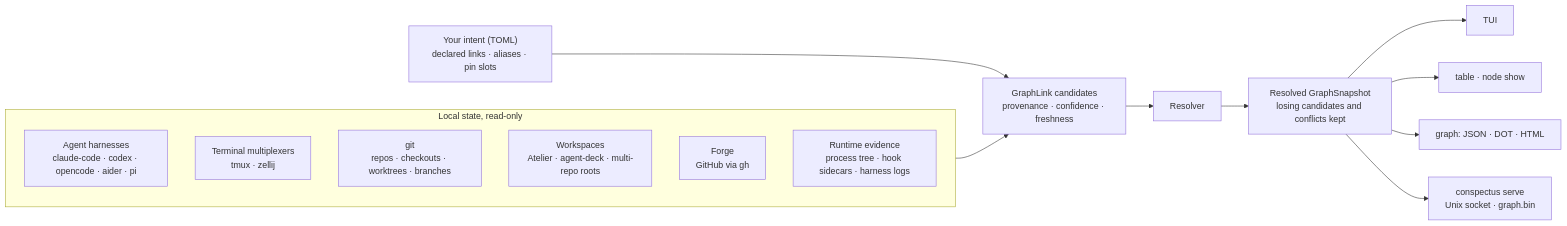
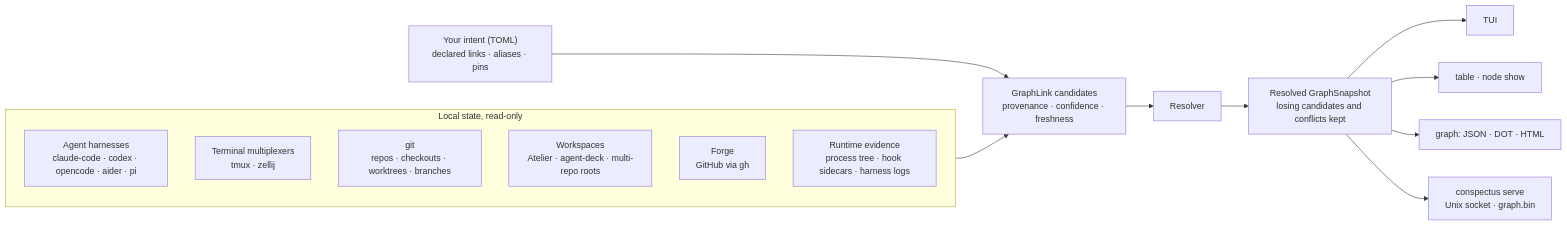
The diagram in README.md (malloc47/conspectus), drawn with Mermaid before and after one commit. The commit also changed other lines of this file and 99 other files, not shown here.

````diff
--- a/README.md
+++ b/README.md
@@ -225,20 +225,20 @@
 ```mermaid
 flowchart LR
   subgraph S["Local state, read-only"]
     H["Agent harnesses<br/>claude-code · codex · opencode · aider · pi"]
     M["Terminal multiplexers<br/>tmux · zellij"]
     G["git<br/>repos · checkouts · worktrees · branches"]
     W["Workspaces<br/>Atelier · agent-deck · multi-repo roots"]
     F["Forge<br/>GitHub via gh"]
     P["Runtime evidence<br/>process tree · hook sidecars · harness logs"]
   end
-  U["Your intent (TOML)<br/>declared links · aliases · pin slots"]
+  U["Your intent (TOML)<br/>declared links · aliases · pins"]
   S --> C["GraphLink candidates<br/>provenance · confidence · freshness"]
   U --> C
   C --> R["Resolver"]
   R --> N["Resolved GraphSnapshot<br/>losing candidates and conflicts kept"]
   N --> TUI["TUI"]
   N --> T["table · node show"]
   N --> X["graph: JSON · DOT · HTML"]
   N --> D["conspectus serve<br/>Unix socket · graph.bin"]
 ```
````
